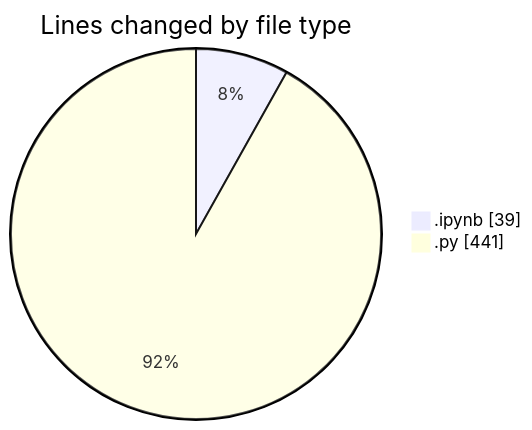
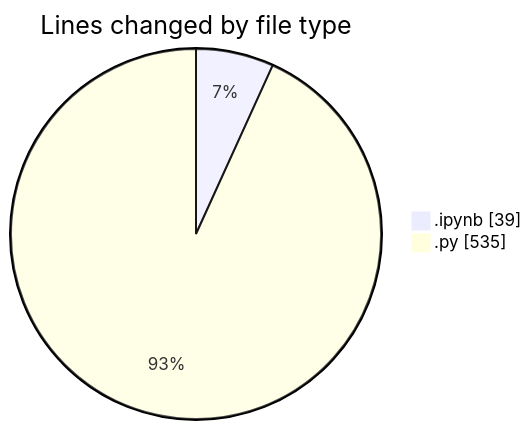
One commit to MatusMokan/code-tracking changed the first of 2 diagrams in 2025-03-15/myws__workspace_/README.md. Above: the diagram before and after it, drawn with Mermaid. The commit also changed other lines of this file and 1 other file, not shown here.

````diff
--- a/2025-03-15/myws__workspace_/README.md
+++ b/2025-03-15/myws__workspace_/README.md
@@ -21,6 +21,6 @@
 ```mermaid
 pie showData
 title Lines changed by file type
 ".ipynb" : 39
-".py" : 441
+".py" : 535
 ```
````
